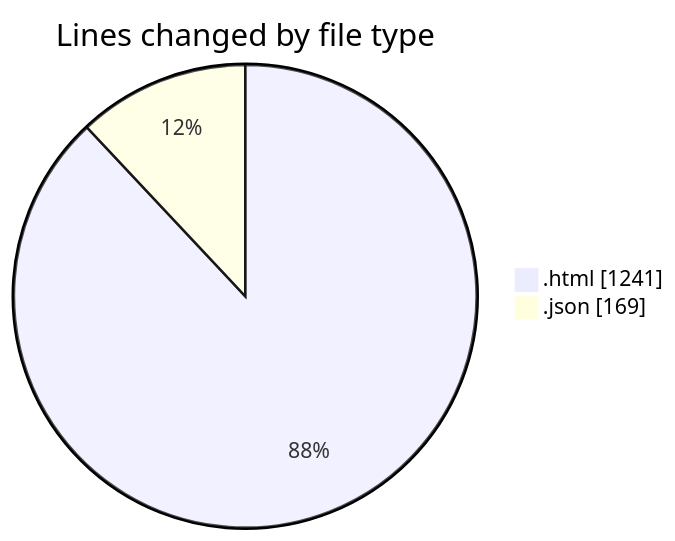
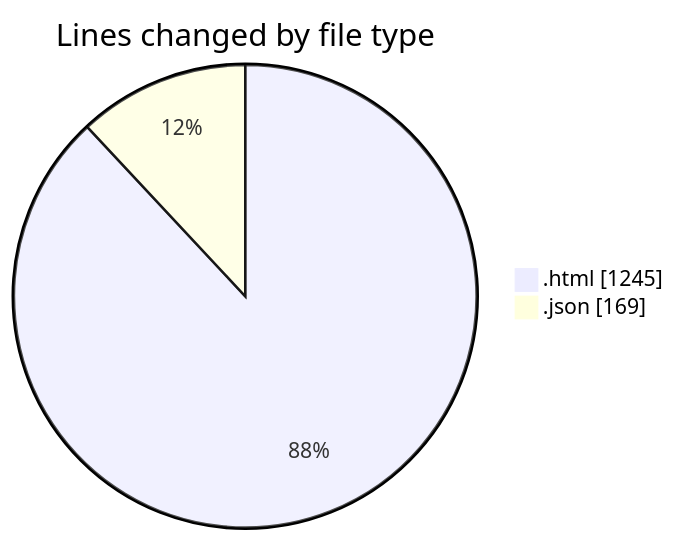
Before and after one commit to Ritupan-Deka/code-tracking: the first of 2 diagrams in 2025-04-27/portfolio/README.md, drawn with Mermaid. The commit also changed other lines of this file and 1 other file, not shown here.

````diff
--- a/2025-04-27/portfolio/README.md
+++ b/2025-04-27/portfolio/README.md
@@ -21,6 +21,6 @@
 ```mermaid
 pie showData
 title Lines changed by file type
-".html" : 1241
+".html" : 1245
 ".json" : 169
 ```
````
